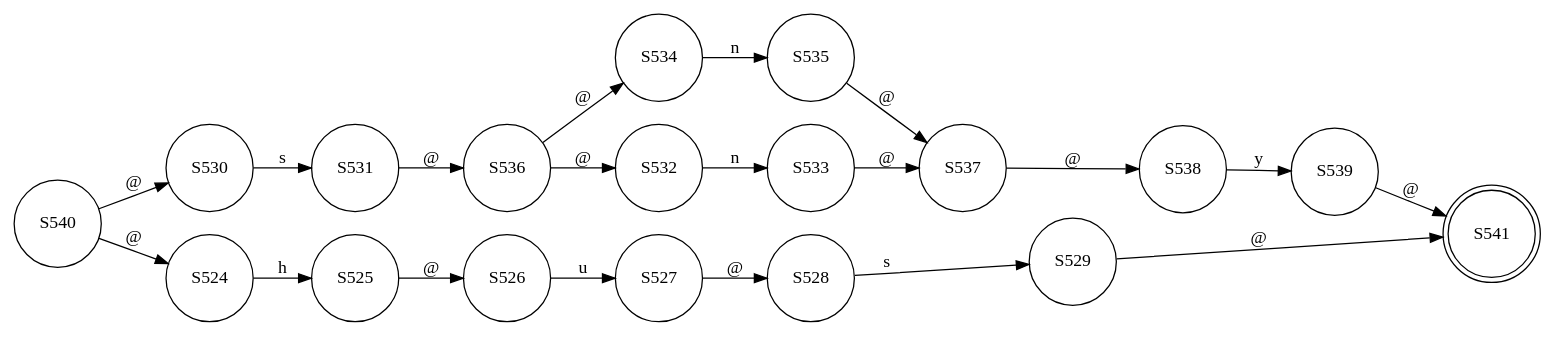
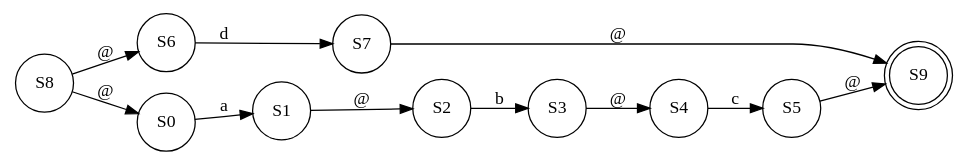
One commit to abdelazizSalah/RegExp_NFA_DFA_DFAMinimization changed the diagram in finalCode/test-output/NFA.gv. Above: the diagram before and after it, drawn with Graphviz. The commit also changed 9 other files, not shown here.

```diff
--- a/finalCode/test-output/NFA.gv
+++ b/finalCode/test-output/NFA.gv
@@ -1,41 +1,24 @@
 // NFA graph
 digraph {
 	graph [rankdir=LR]
-	S530 [label=S530 shape=circle]
-	S530 -> S531 [label=s]
-	S531 [label=S531 shape=circle]
-	S531 -> S536 [label="@"]
-	S534 [label=S534 shape=circle]
-	S534 -> S535 [label=n]
-	S535 [label=S535 shape=circle]
-	S535 -> S537 [label="@"]
-	S532 [label=S532 shape=circle]
-	S532 -> S533 [label=n]
-	S533 [label=S533 shape=circle]
-	S533 -> S537 [label="@"]
-	S536 [label=S536 shape=circle]
-	S536 -> S534 [label="@"]
-	S536 -> S532 [label="@"]
-	S537 [label=S537 shape=circle]
-	S537 -> S538 [label="@"]
-	S538 [label=S538 shape=circle]
-	S538 -> S539 [label=y]
-	S539 [label=S539 shape=circle]
-	S539 -> S541 [label="@"]
-	S524 [label=S524 shape=circle]
-	S524 -> S525 [label=h]
-	S525 [label=S525 shape=circle]
-	S525 -> S526 [label="@"]
-	S526 [label=S526 shape=circle]
-	S526 -> S527 [label=u]
-	S527 [label=S527 shape=circle]
-	S527 -> S528 [label="@"]
-	S528 [label=S528 shape=circle]
-	S528 -> S529 [label=s]
-	S529 [label=S529 shape=circle]
-	S529 -> S541 [label="@"]
-	S540 [label=S540 shape=circle]
-	S540 -> S530 [label="@"]
-	S540 -> S524 [label="@"]
-	S541 [label=S541 shape=doublecircle]
+	S6 [label=S6 shape=circle]
+	S6 -> S7 [label=d]
+	S7 [label=S7 shape=circle]
+	S7 -> S9 [label="@"]
+	S0 [label=S0 shape=circle]
+	S0 -> S1 [label=a]
+	S1 [label=S1 shape=circle]
+	S1 -> S2 [label="@"]
+	S2 [label=S2 shape=circle]
+	S2 -> S3 [label=b]
+	S3 [label=S3 shape=circle]
+	S3 -> S4 [label="@"]
+	S4 [label=S4 shape=circle]
+	S4 -> S5 [label=c]
+	S5 [label=S5 shape=circle]
+	S5 -> S9 [label="@"]
+	S8 [label=S8 shape=circle]
+	S8 -> S6 [label="@"]
+	S8 -> S0 [label="@"]
+	S9 [label=S9 shape=doublecircle]
 }
```
